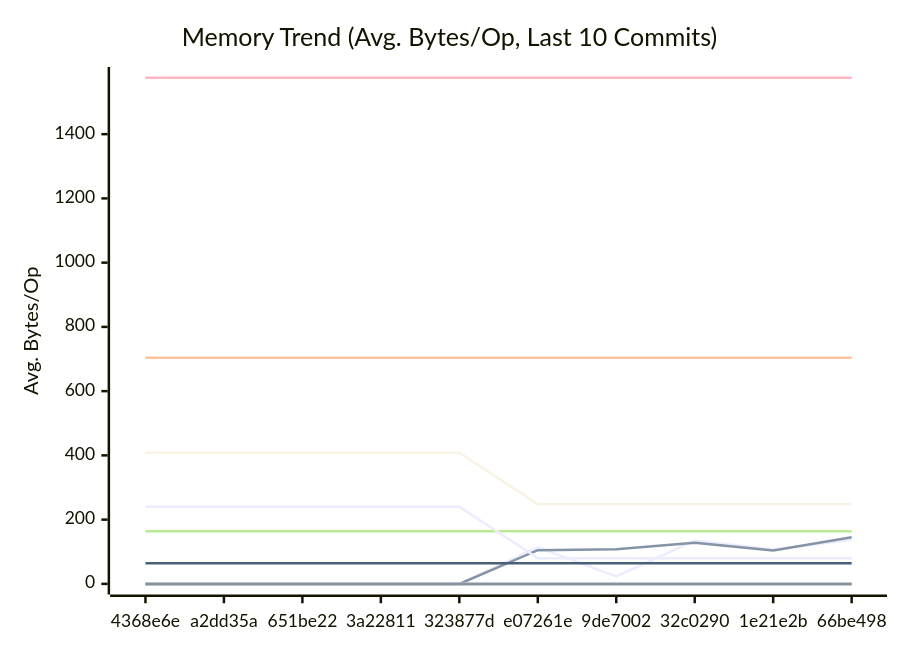
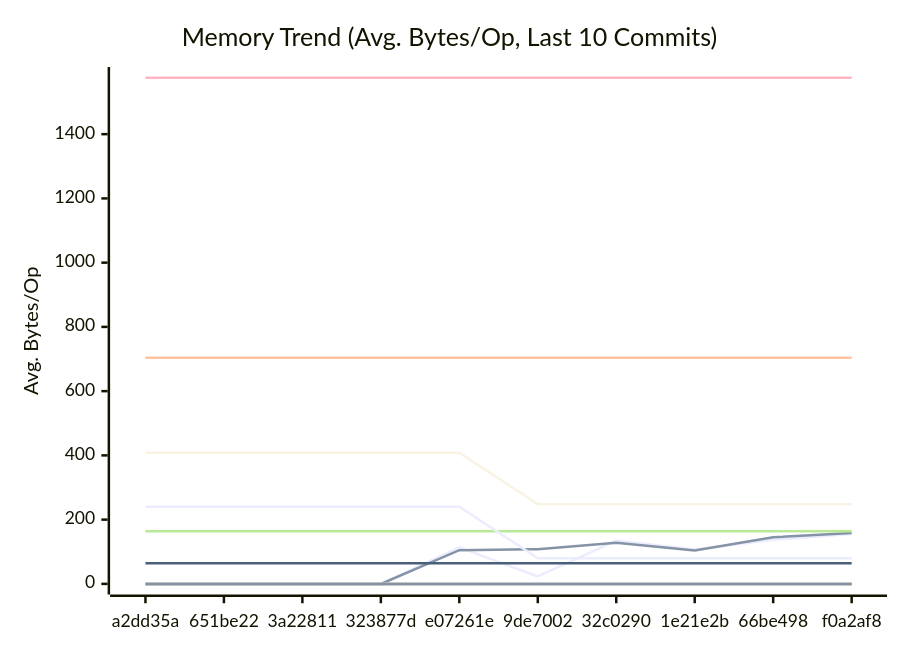
Before and after one commit to alsotoes/momo: the second of 3 diagrams in docs/PERFORMANCE.md, drawn with Mermaid. The commit also changed other lines of this file and 8 other files, not shown here.

````diff
--- a/docs/PERFORMANCE.md
+++ b/docs/PERFORMANCE.md
@@ -171,20 +171,20 @@
 ```mermaid
 xychart-beta
     title "Memory Trend (Avg. Bytes/Op, Last 10 Commits)"
     x-axis "Commit"
     y-axis "Avg. Bytes/Op"
-    x-axis [4368e6e,a2dd35a,651be22,3a22811,323877d,e07261e,9de7002,32c0290,1e21e2b,66be498]
-    line "AWSChunkedReaderSigned" [0,0,0,0,0,114,23,135,107,137]
-    line "AWSChunkedReaderUnsigned" [0,0,0,0,0,105,108,128,104,145]
+    x-axis [a2dd35a,651be22,3a22811,323877d,e07261e,9de7002,32c0290,1e21e2b,66be498,f0a2af8]
+    line "AWSChunkedReaderSigned" [0,0,0,0,114,23,135,107,137,155]
+    line "AWSChunkedReaderUnsigned" [0,0,0,0,105,108,128,104,145,158]
     line "CheckMetricsAndSwap" [0,0,0,0,0,0,0,0,0,0]
     line "CrushOptimized" [0,0,0,0,0,0,0,0,0,0]
     line "CrushOriginal" [164,164,164,164,164,164,164,164,164,164]
     line "IndexDirectTracking" [0,0,0,0,0,0,0,0,0,0]
     line "IndexSearch" [0,0,0,0,0,0,0,0,0,0]
     line "LoadGlobalConfig" [1576,1576,1576,1576,1576,1576,1576,1576,1576,1576]
     line "PadString" [64,64,64,64,64,64,64,64,64,64]
     line "ParseReplicationOrder_NoPrealloc" [408,408,408,408,408,248,248,248,248,248]
     line "ParseReplicationOrder_Prealloc" [240,240,240,240,240,80,80,80,80,80]
     line "SanitizeLog/Safe" [0,0,0,0,0,0,0,0,0,0]
     line "SanitizeLog/Unsafe" [704,704,704,704,704,704,704,704,704,704]
 ```
````
